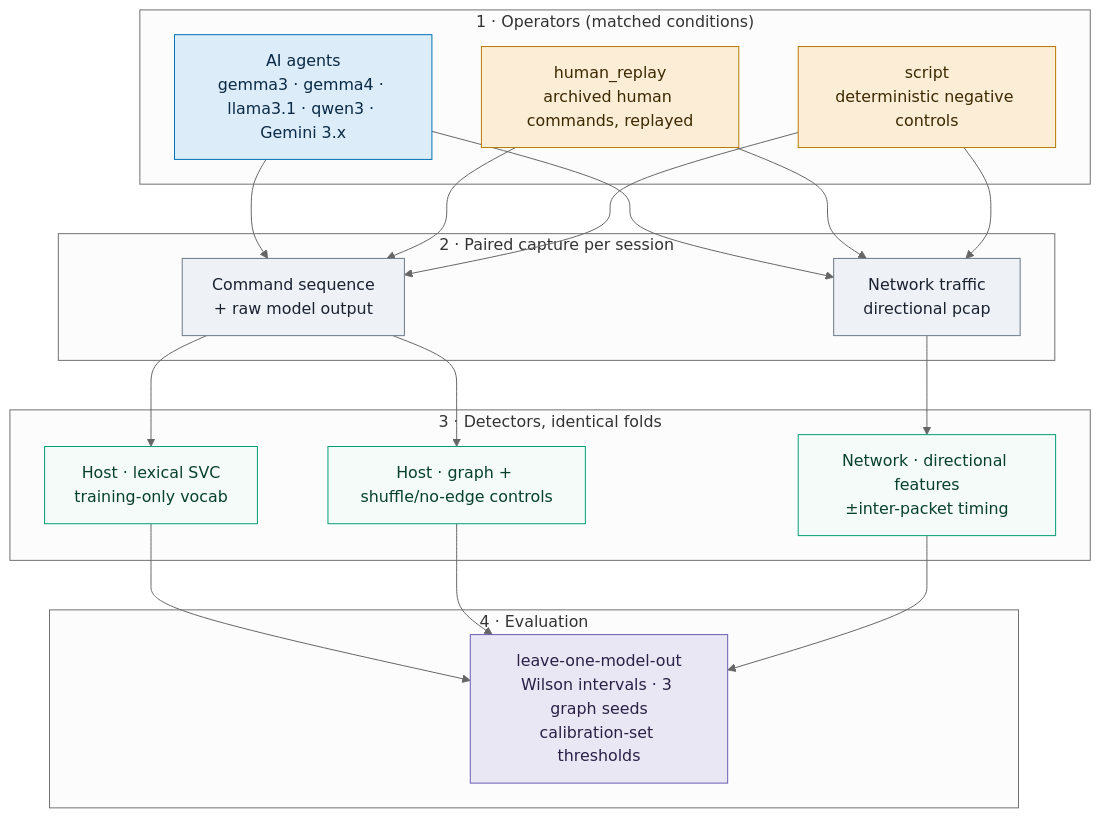
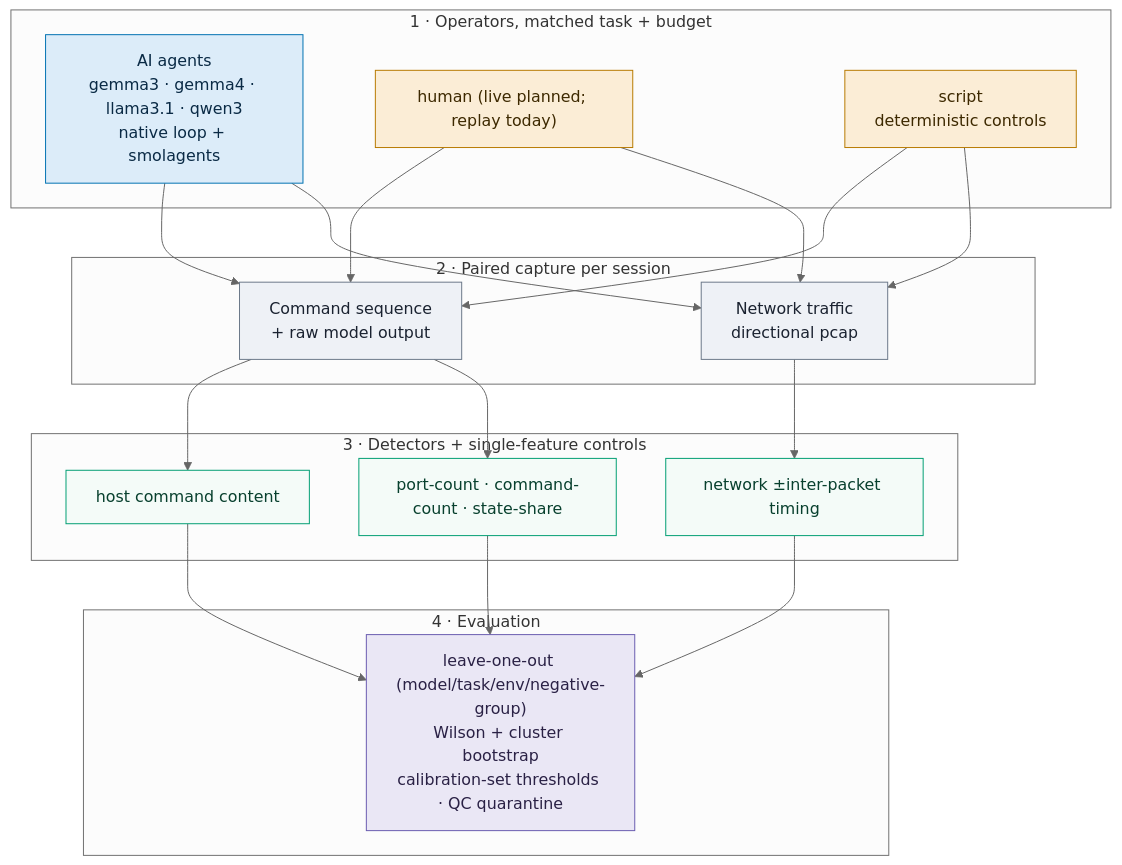
The diagram in README.md (HawkPhantom/AI-Attack-IDS), drawn with Mermaid (neutral theme) before and after one commit. The commit also changed other lines of this file and 28 other files, not shown here.

````diff
--- a/README.md
+++ b/README.md
@@ -119,42 +90,42 @@
 ```mermaid
 flowchart TB
-    subgraph S1["1 · Operators (matched conditions)"]
-        AI["AI agents<br/>gemma3 · gemma4 · llama3.1 · qwen3 · Gemini 3.x"]
-        HR["human_replay<br/>archived human commands, replayed"]
-        SC["script<br/>deterministic negative controls"]
+    subgraph S1["1 · Operators, matched task + budget"]
+        AI["AI agents<br/>gemma3 · gemma4 · llama3.1 · qwen3<br/>native loop + smolagents"]
+        HR["human (live planned; replay today)"]
+        SC["script<br/>deterministic controls"]
     end
     subgraph S2["2 · Paired capture per session"]
         CMD["Command sequence<br/>+ raw model output"]
         PCAP["Network traffic<br/>directional pcap"]
     end
-    subgraph S3["3 · Detectors, identical folds"]
-        HSVC["Host · lexical SVC<br/>training-only vocab"]
-        HGNN["Host · graph + shuffle/no-edge controls"]
-        NET["Network · directional features<br/>±inter-packet timing"]
+    subgraph S3["3 · Detectors + single-feature controls"]
+        HOST["host command content"]
+        NET["network ±inter-packet timing"]
+        CTRL["port-count · command-count · state-share"]
     end
     subgraph S4["4 · Evaluation"]
-        EV["leave-one-model-out<br/>Wilson intervals · 3 graph seeds<br/>calibration-set thresholds"]
+        EV["leave-one-out (model/task/env/negative-group)<br/>Wilson + cluster bootstrap<br/>calibration-set thresholds · QC quarantine"]
     end
     AI --> CMD
     AI --> PCAP
     HR --> CMD
     HR --> PCAP
     SC --> CMD
     SC --> PCAP
-    CMD --> HSVC
-    CMD --> HGNN
+    CMD --> HOST
+    CMD --> CTRL
     PCAP --> NET
-    HSVC --> EV
-    HGNN --> EV
+    HOST --> EV
     NET --> EV
+    CTRL --> EV
     classDef ai fill:#dcecf9,stroke:#0072B2,color:#0a2a45
     classDef hum fill:#fbedd6,stroke:#b87a00,color:#3d2900
     classDef cap fill:#eef1f6,stroke:#6b7889,color:#1a2230
     classDef det fill:#f4fbf8,stroke:#009E73,color:#08402e
     classDef ev fill:#eae7f5,stroke:#6a5cb0,color:#2a2145
     class AI ai
     class HR,SC hum
     class CMD,PCAP cap
-    class HSVC,HGNN,NET det
+    class HOST,NET,CTRL det
     class EV ev
 ```
````
